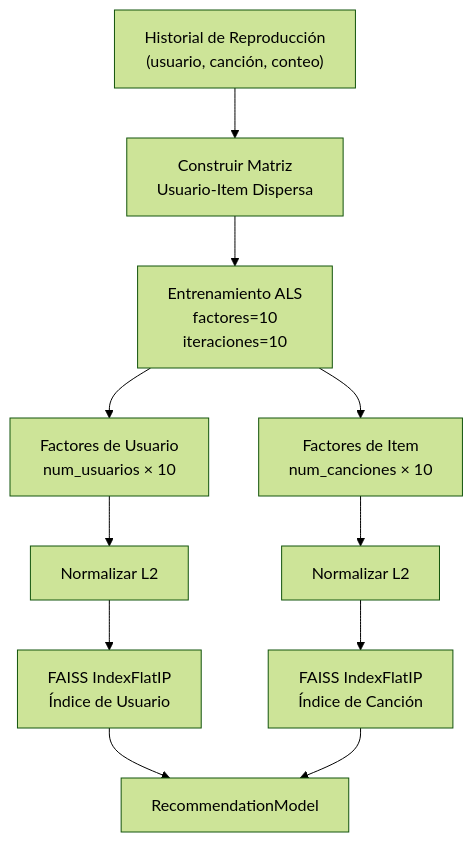
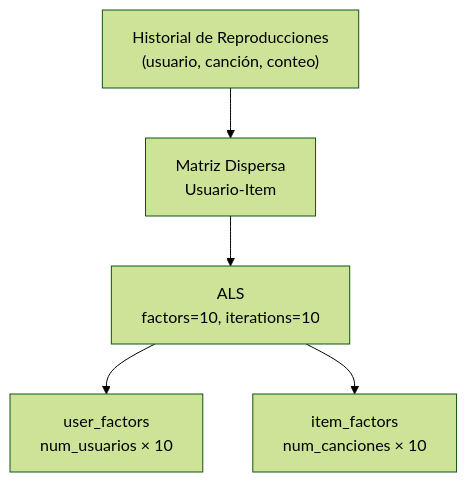
One commit to wave3org/wave3 changed the second of 6 diagrams in docs/RECOMMENDATION_SYSTEM.md. Above: the diagram before and after it, drawn with Mermaid (forest theme). The commit also changed other lines of this file and 1 other file, not shown here.

Commit message:
docs: Update recommendation system documentation to clarify hybrid model approach and flow

````diff
--- a/docs/RECOMMENDATION_SYSTEM.md
+++ b/docs/RECOMMENDATION_SYSTEM.md
@@ -66,13 +35,7 @@
 ```mermaid
 graph TD
-    A["Historial de Reproducción<br/>(usuario, canción, conteo)"] --> B["Construir Matriz<br/>Usuario-Item Dispersa"]
-    B --> C["Entrenamiento ALS<br/>factores=10<br/>iteraciones=10"]
-    C --> D["Factores de Usuario<br/>num_usuarios × 10"]
-    C --> E["Factores de Item<br/>num_canciones × 10"]
-    D --> F["Normalizar L2"]
-    E --> G["Normalizar L2"]
-    F --> H["FAISS IndexFlatIP<br/>Índice de Usuario"]
-    G --> I["FAISS IndexFlatIP<br/>Índice de Canción"]
-    H --> J["RecommendationModel"]
-    I --> J
+    A["Historial de Reproducciones<br/>(usuario, canción, conteo)"] --> B["Matriz Dispersa<br/>Usuario-Item"]
+    B --> C["ALS<br/>factors=10, iterations=10"]
+    C --> D["user_factors<br/>num_usuarios × 10"]
+    C --> E["item_factors<br/>num_canciones × 10"]
 ```
````
